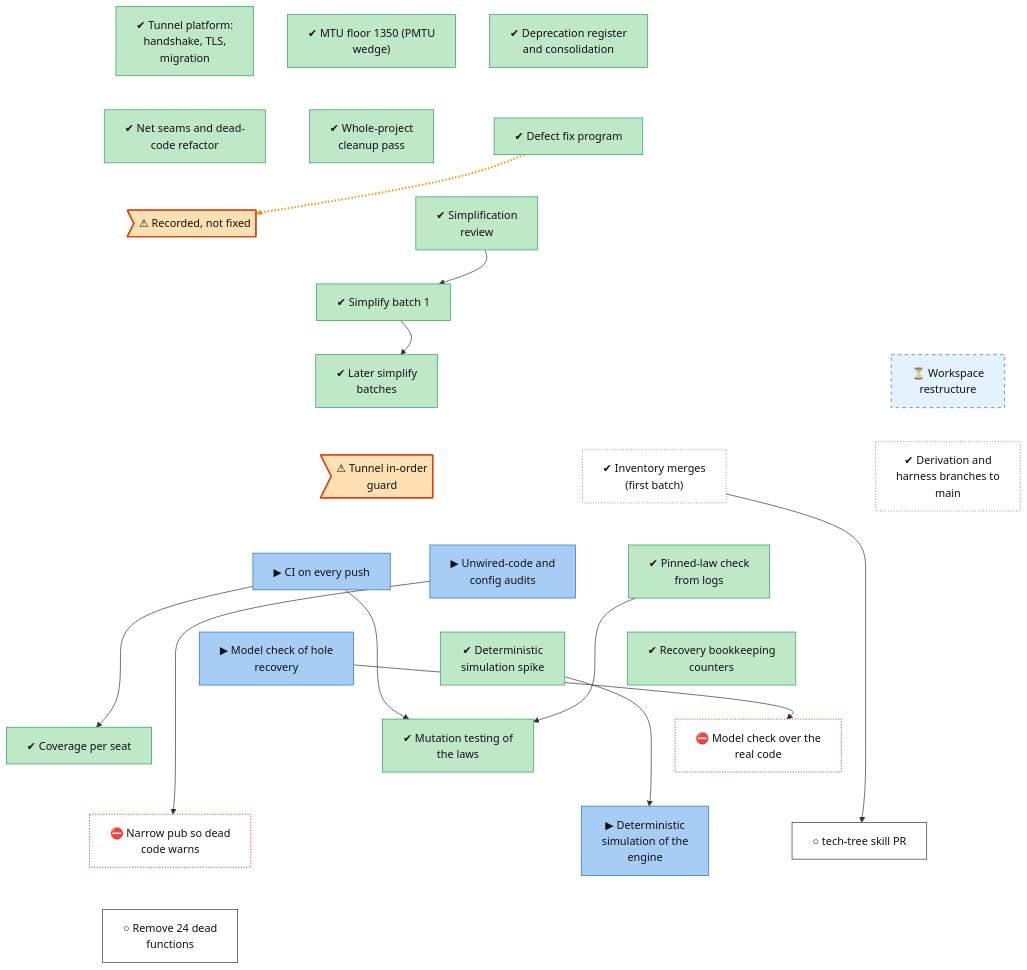
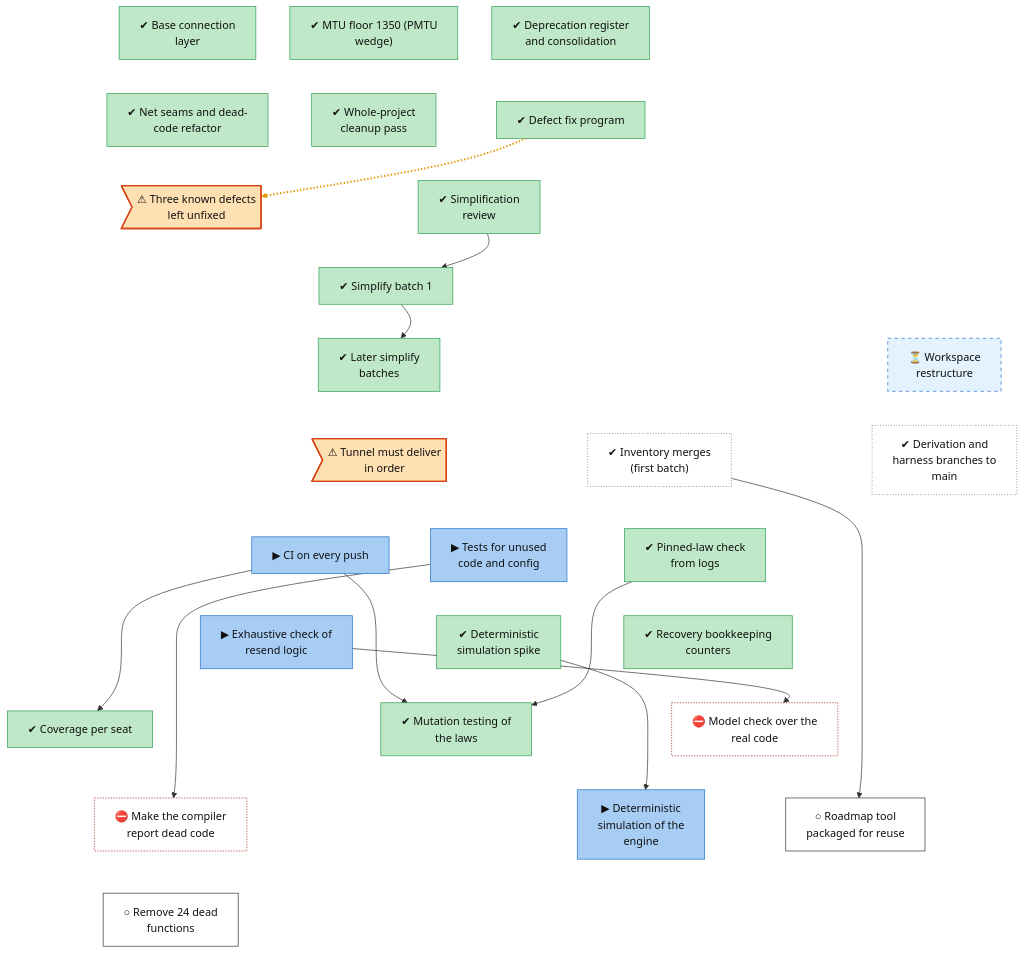
The diagram in docs/roadmap/tracks/infra.md (lhns/raptorpath), drawn with Mermaid before and after one commit. The commit also changed other lines of this file and 15 other files, not shown here.

First line of the commit message:
roadmap: titles and plain sentences from the re-check

````diff
--- a/docs/roadmap/tracks/infra.md
+++ b/docs/roadmap/tracks/infra.md
@@ -10,31 +10,31 @@
 ```mermaid
 flowchart TB
-    infra_early_platform["✔ Tunnel platform:<br/>handshake, TLS,<br/>migration"]
+    infra_early_platform["✔ Base connection<br/>layer"]
     infra_mtu_floor["✔ MTU floor 1350 (PMTU<br/>wedge)"]
     infra_consolidation["✔ Deprecation register<br/>and consolidation"]
     infra_net_seams["✔ Net seams and dead-<br/>code refactor"]
     infra_cleanup_0927["✔ Whole-project<br/>cleanup pass"]
     infra_fix_program["✔ Defect fix program"]
-    infra_defect_recorded_not_fixed>"⚠ Recorded, not fixed"]
+    infra_defect_recorded_not_fixed>"⚠ Three known defects<br/>left unfixed"]
     infra_simplify_review["✔ Simplification<br/>review"]
     infra_simplify_batch1["✔ Simplify batch 1"]
     infra_simplify_batch2["✔ Later simplify<br/>batches"]
     infra_restructure["⏳ Workspace<br/>restructure"]
     infra_inventory_merges["✔ Inventory merges<br/>(first batch)"]
-    infra_tunnel_inorder_guard>"⚠ Tunnel in-order<br/>guard"]
+    infra_tunnel_inorder_guard>"⚠ Tunnel must deliver<br/>in order"]
     infra_derivation_merges["✔ Derivation and<br/>harness branches to<br/>main"]
     infra_test_ci_gate["▶ CI on every push"]
-    infra_test_static_audits["▶ Unwired-code and<br/>config audits"]
+    infra_test_static_audits["▶ Tests for unused<br/>code and config"]
     infra_test_pinned_law_check["✔ Pinned-law check<br/>from logs"]
-    infra_test_recovery_model["▶ Model check of hole<br/>recovery"]
+    infra_test_recovery_model["▶ Exhaustive check of<br/>resend logic"]
     infra_test_sim_spike["✔ Deterministic<br/>simulation spike"]
     infra_test_recovery_counters["✔ Recovery bookkeeping<br/>counters"]
     infra_test_seat_coverage["✔ Coverage per seat"]
     infra_test_mutation["✔ Mutation testing of<br/>the laws"]
     infra_test_model_real_decisions["⛔ Model check over the<br/>real code"]
-    infra_test_pub_narrowing["⛔ Narrow pub so dead<br/>code warns"]
+    infra_test_pub_narrowing["⛔ Make the compiler<br/>report dead code"]
     infra_test_sim_engine["▶ Deterministic<br/>simulation of the<br/>engine"]
-    infra_tech_tree_skill["○ tech-tree skill PR"]
+    infra_tech_tree_skill["○ Roadmap tool<br/>packaged for reuse"]
     infra_dead_code_batch["○ Remove 24 dead<br/>functions"]
     infra_early_platform ~~~ infra_net_seams
     infra_mtu_floor ~~~ infra_cleanup_0927
````
